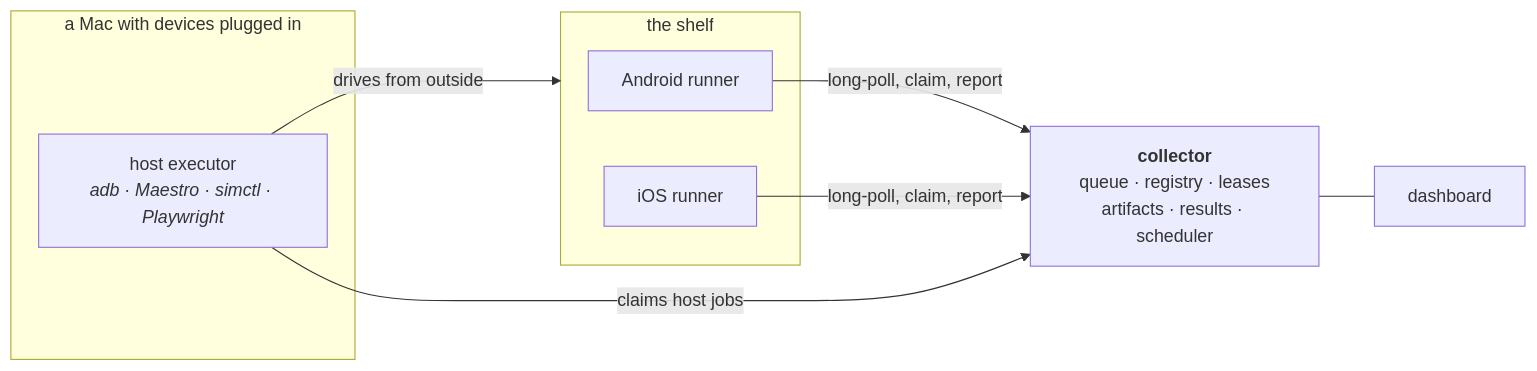
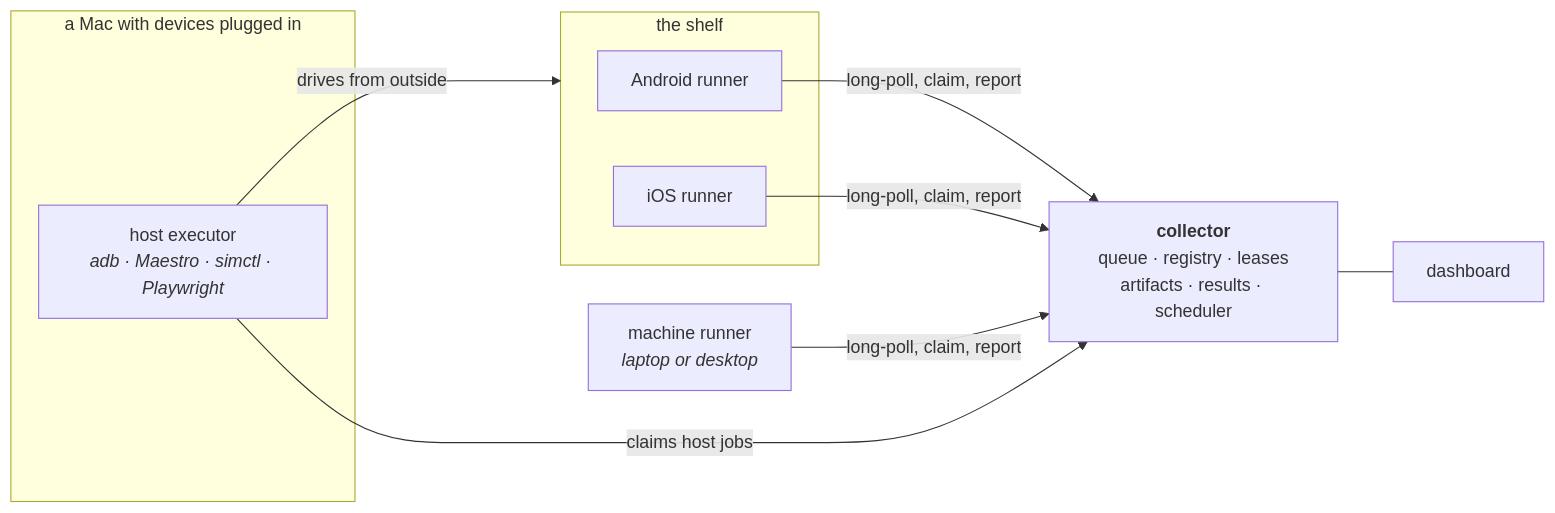
One commit to addisdev/fleet-runner changed the diagram in README.md. Above: the diagram before and after it, drawn with Mermaid. The commit also changed other lines of this file and 24 other files, not shown here.

````diff
--- a/README.md
+++ b/README.md
@@ -30,18 +52,20 @@
 ```mermaid
 flowchart LR
     subgraph shelf["the shelf"]
         A["Android runner"]
         I["iOS runner"]
     end
+    M["machine runner<br/><i>laptop or desktop</i>"]
     subgraph host["a Mac with devices plugged in"]
         X["host executor<br/><i>adb · Maestro · simctl · Playwright</i>"]
     end
     C["<b>collector</b><br/>queue · registry · leases<br/>artifacts · results · scheduler"]
     D["dashboard"]
 
     A -- "long-poll, claim, report" --> C
     I -- "long-poll, claim, report" --> C
+    M -- "long-poll, claim, report" --> C
     X -- "claims host jobs" --> C
     X -- "drives from outside" --> shelf
     C --- D
 ```
````
